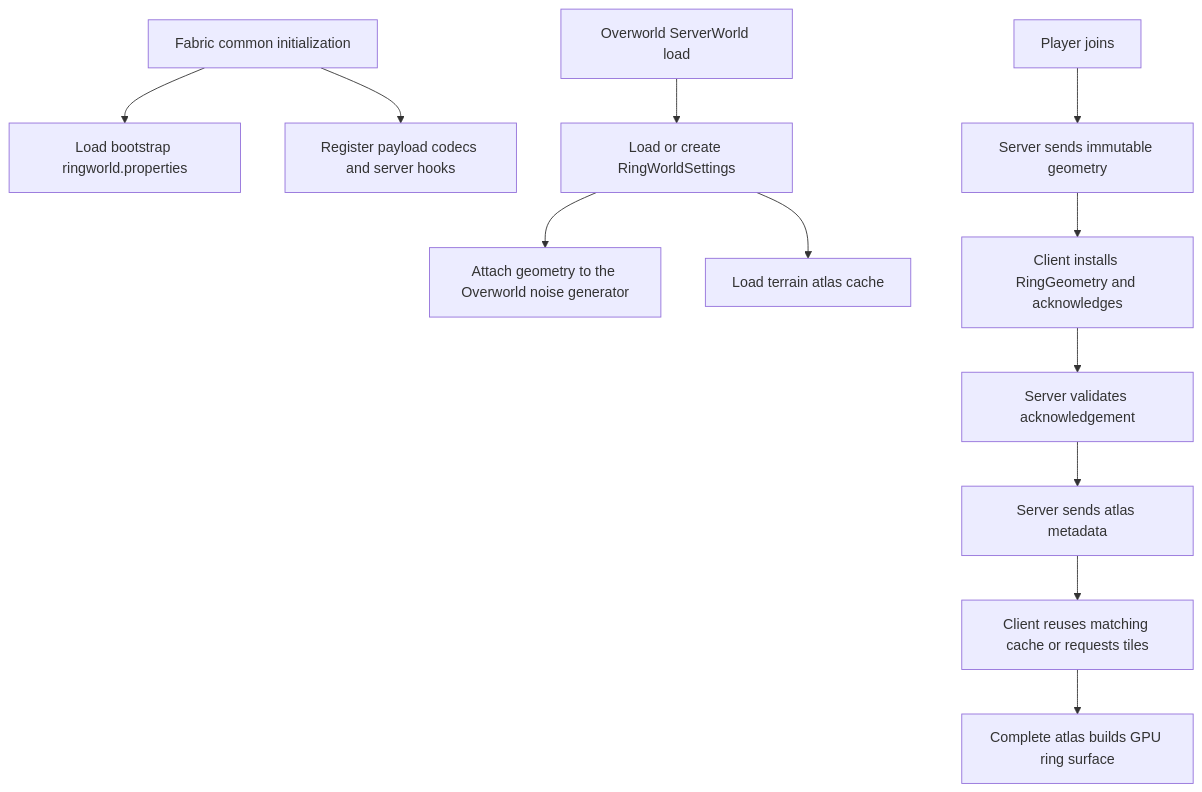
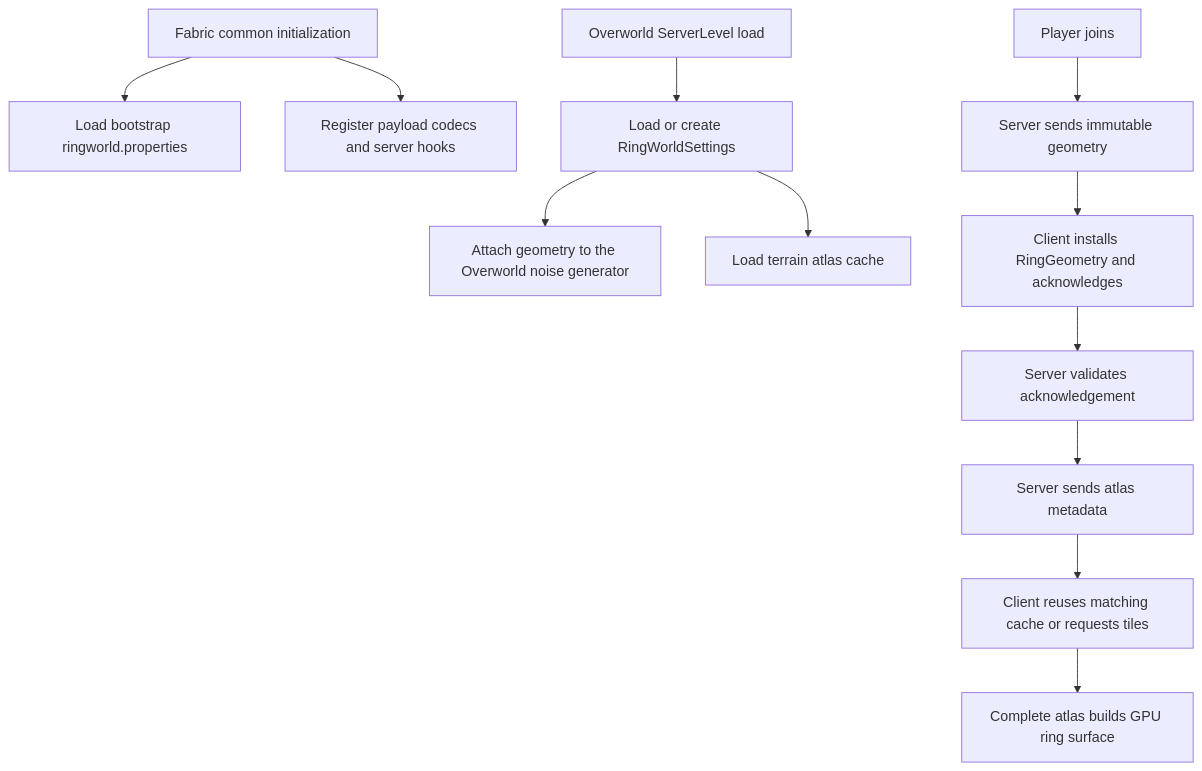
One commit to Delaser/RingWorld changed the first of 2 diagrams in docs/ARCHITECTURE.md. Above: the diagram before and after it, drawn with Mermaid. The commit also changed other lines of this file and 75 other files, not shown here.

````diff
--- a/docs/ARCHITECTURE.md
+++ b/docs/ARCHITECTURE.md
@@ -112,14 +112,14 @@
 ```mermaid
 flowchart TD
     A["Fabric common initialization"] --> B["Load bootstrap ringworld.properties"]
     A --> C["Register payload codecs and server hooks"]
-    D["Overworld ServerWorld load"] --> E["Load or create RingWorldSettings"]
+    D["Overworld ServerLevel load"] --> E["Load or create RingWorldSettings"]
     E --> F["Attach geometry to the Overworld noise generator"]
     E --> G["Load terrain atlas cache"]
     H["Player joins"] --> I["Server sends immutable geometry"]
     I --> J["Client installs RingGeometry and acknowledges"]
     J --> K["Server validates acknowledgement"]
     K --> L["Server sends atlas metadata"]
     L --> M["Client reuses matching cache or requests tiles"]
     M --> N["Complete atlas builds GPU ring surface"]
 ```
````
